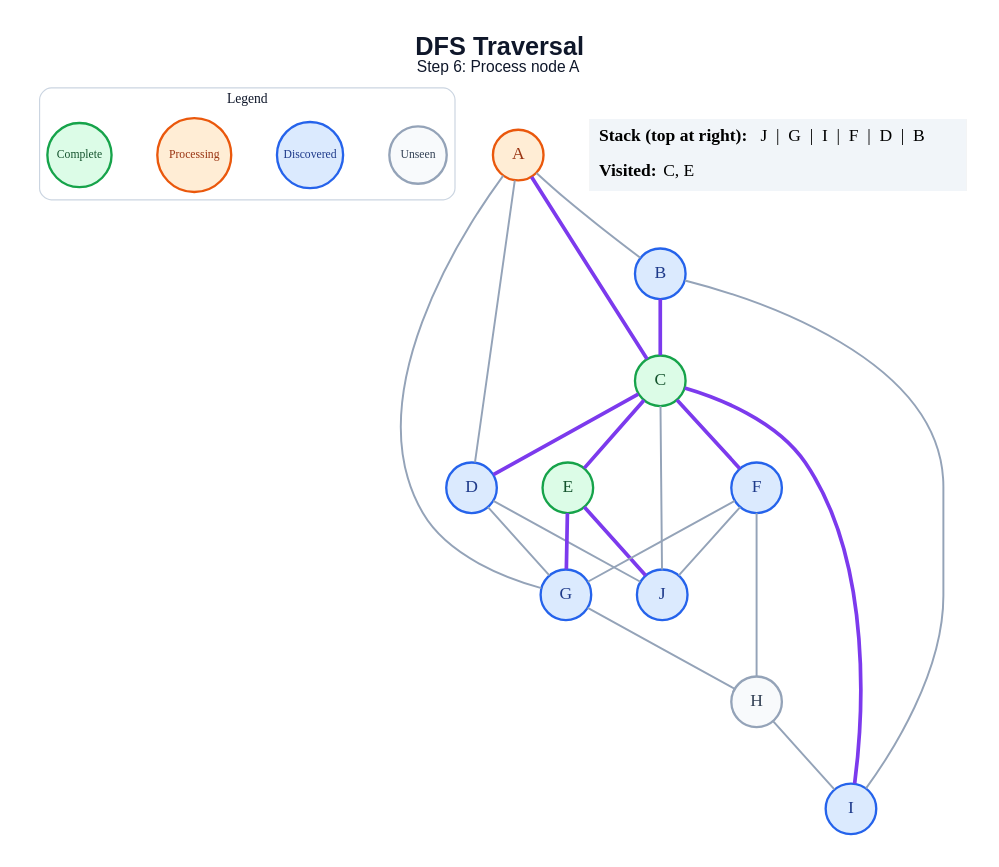
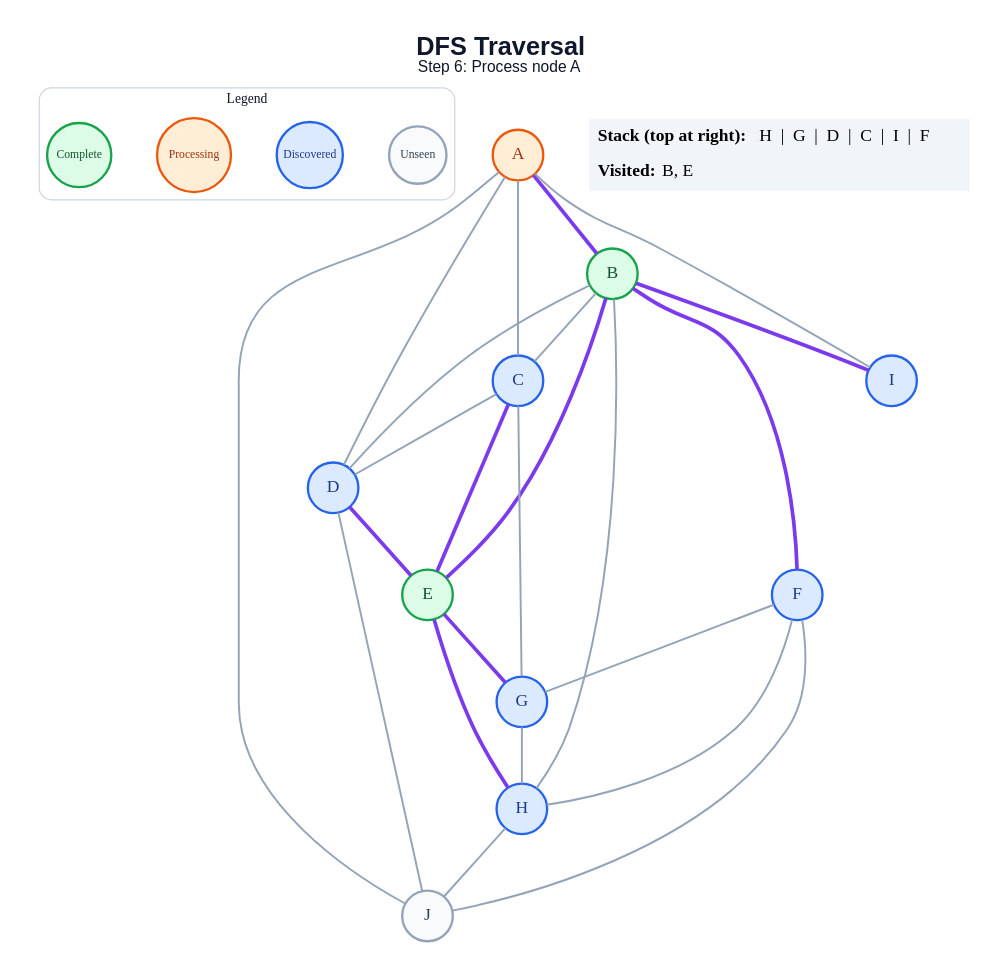
One commit to amanghodawala9/ai-slop changed the diagram in generated/specific-node/dfs/step_06.dot. Above: the diagram before and after it, drawn with Graphviz. The commit also changed 178 other files, not shown here.

```diff
--- a/generated/specific-node/dfs/step_06.dot
+++ b/generated/specific-node/dfs/step_06.dot
@@ -1,49 +1,52 @@
 graph traversal {
   graph [layout=dot, rankdir=TB, bgcolor="#FFFFFF", pad="0.35", nodesep="0.65", ranksep="0.8", fontname="Arial"];
   node [shape=circle, style="filled", fontname="Arial Bold", fontsize=18, width=0.72, fixedsize=true, penwidth=2.4];
   edge [color="#94A3B8", penwidth=2.0];
   label=<<B>DFS Traversal</B><BR/><FONT POINT-SIZE="16">Step 6: Process node A</FONT>>; labelloc="t"; fontsize=26; fontname="Arial"; fontcolor="#0F172A";
   subgraph cluster_legend { label="Legend"; color="#CBD5E1"; penwidth=1.2; style="rounded"; fontsize=14; fontname="Arial Bold";
     key_unseen [label="Unseen", fillcolor="#F8FAFC", color="#94A3B8", fontcolor="#334155", fontsize=12, width=0.82];
     key_frontier [label="Discovered", fillcolor="#DBEAFE", color="#2563EB", fontcolor="#1E3A8A", fontsize=12, width=0.95];
     key_current [label="Processing", fillcolor="#FFEDD5", color="#EA580C", fontcolor="#9A3412", fontsize=12, width=1.05];
     key_done [label="Complete", fillcolor="#DCFCE7", color="#16A34A", fontcolor="#14532D", fontsize=12, width=0.92];
     { rank=same; key_unseen; key_frontier; key_current; key_done; }
   }
   A [fillcolor="#FFEDD5", color="#EA580C", fontcolor="#9A3412"];
-  B [fillcolor="#DBEAFE", color="#2563EB", fontcolor="#1E3A8A"];
-  C [fillcolor="#DCFCE7", color="#16A34A", fontcolor="#14532D"];
+  B [fillcolor="#DCFCE7", color="#16A34A", fontcolor="#14532D"];
+  C [fillcolor="#DBEAFE", color="#2563EB", fontcolor="#1E3A8A"];
   D [fillcolor="#DBEAFE", color="#2563EB", fontcolor="#1E3A8A"];
   E [fillcolor="#DCFCE7", color="#16A34A", fontcolor="#14532D"];
   F [fillcolor="#DBEAFE", color="#2563EB", fontcolor="#1E3A8A"];
   G [fillcolor="#DBEAFE", color="#2563EB", fontcolor="#1E3A8A"];
-  H [fillcolor="#F8FAFC", color="#94A3B8", fontcolor="#334155"];
+  H [fillcolor="#DBEAFE", color="#2563EB", fontcolor="#1E3A8A"];
   I [fillcolor="#DBEAFE", color="#2563EB", fontcolor="#1E3A8A"];
-  J [fillcolor="#DBEAFE", color="#2563EB", fontcolor="#1E3A8A"];
-  A -- B;
-  A -- C [color="#7C3AED", penwidth=3.8];
+  J [fillcolor="#F8FAFC", color="#94A3B8", fontcolor="#334155"];
+  A -- B [color="#7C3AED", penwidth=3.8];
+  A -- C;
   A -- D;
-  A -- G;
-  B -- C [color="#7C3AED", penwidth=3.8];
-  B -- I;
-  C -- D [color="#7C3AED", penwidth=3.8];
+  A -- I;
+  A -- J;
+  B -- C;
+  B -- D;
+  B -- E [color="#7C3AED", penwidth=3.8];
+  B -- F [color="#7C3AED", penwidth=3.8];
+  B -- H;
+  B -- I [color="#7C3AED", penwidth=3.8];
+  C -- D;
   C -- E [color="#7C3AED", penwidth=3.8];
-  C -- F [color="#7C3AED", penwidth=3.8];
-  C -- I [color="#7C3AED", penwidth=3.8];
-  C -- J;
-  D -- G;
+  C -- G;
+  D -- E [color="#7C3AED", penwidth=3.8];
   D -- J;
   E -- G [color="#7C3AED", penwidth=3.8];
-  E -- J [color="#7C3AED", penwidth=3.8];
+  E -- H [color="#7C3AED", penwidth=3.8];
   F -- G;
   F -- H;
   F -- J;
   G -- H;
-  H -- I;
+  H -- J;
   status [shape=plain, fixedsize=false, width=0, height=0, margin=0, label=<
     <TABLE BORDER="0" CELLBORDER="0" CELLPADDING="7" BGCOLOR="#F1F5F9">
-      <TR><TD ALIGN="LEFT"><B>Stack (top at right):</B> J  |  G  |  I  |  F  |  D  |  B</TD></TR>
-      <TR><TD ALIGN="LEFT"><B>Visited:</B> C, E</TD></TR>
+      <TR><TD ALIGN="LEFT"><B>Stack (top at right):</B> H  |  G  |  D  |  C  |  I  |  F</TD></TR>
+      <TR><TD ALIGN="LEFT"><B>Visited:</B> B, E</TD></TR>
     </TABLE>
   >];
 }
```
